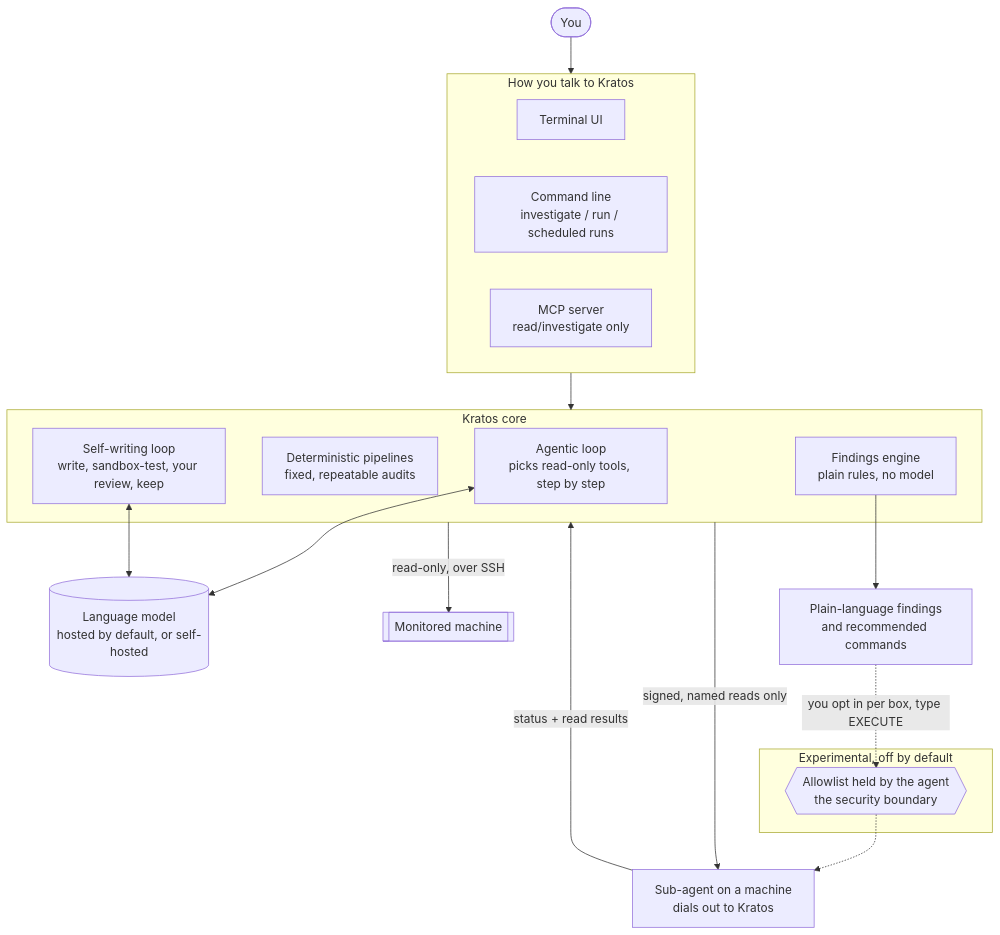
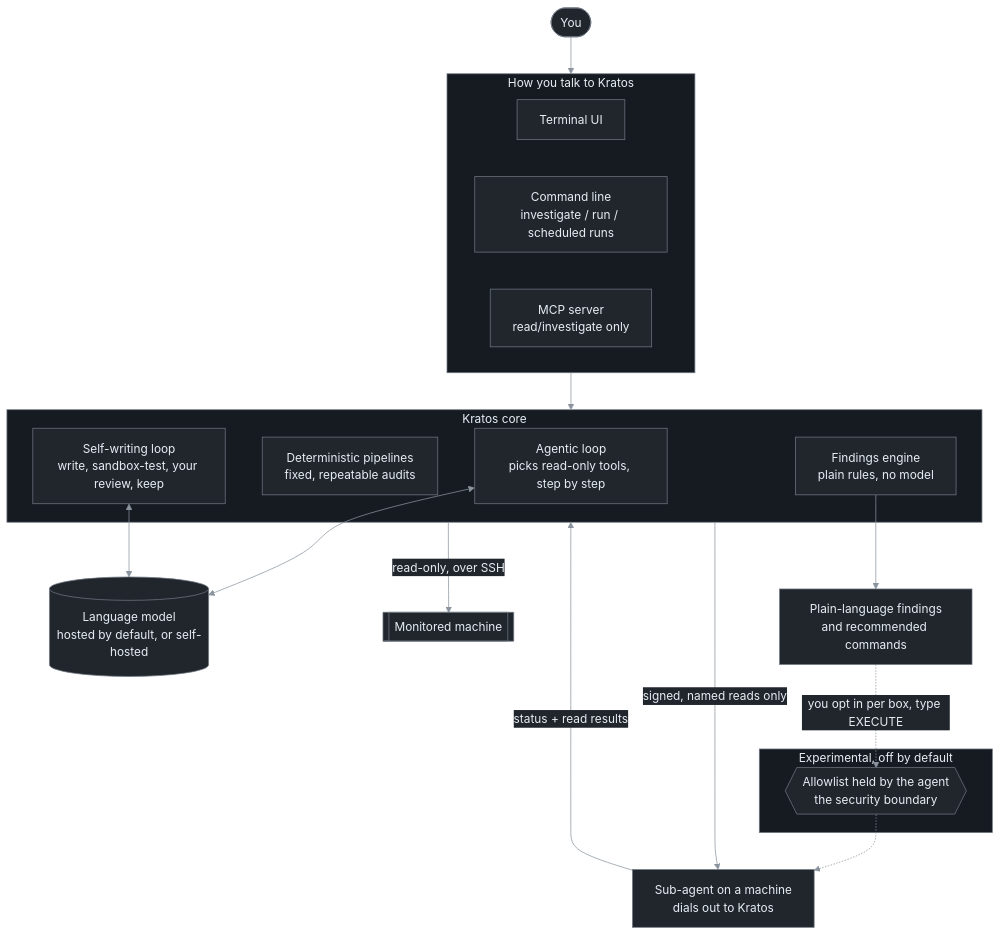
The diagram in docs/images/architecture.mmd (TahrimWalid/kratos), drawn with Mermaid before and after one commit.

Commit message:
Diagram source previews readably on GitHub in light and dark
GitHub draws a .mmd file with Mermaid's default lavender/yellow theme,
ignoring the JSON render configs. An init line at the top styles that
preview (dark cards with their own fills, grey lines: readable on both
themes); the render commands drop it so the light and dark SVGs keep
their own configs.

```diff
--- a/docs/images/architecture.mmd
+++ b/docs/images/architecture.mmd
@@ -1,37 +1,41 @@
+%%{init: {"theme": "base", "flowchart": {"curve": "basis"}, "themeVariables": {"fontFamily": "DejaVu Sans, Arial, sans-serif", "primaryColor": "#21262d", "primaryTextColor": "#e6edf3", "primaryBorderColor": "#6e7681", "secondaryColor": "#21262d", "tertiaryColor": "#21262d", "lineColor": "#8b949e", "textColor": "#e6edf3", "clusterBkg": "#161b22", "clusterBorder": "#6e7681", "titleColor": "#e6edf3", "edgeLabelBackground": "#21262d", "mainBkg": "#21262d", "nodeBorder": "#6e7681"}}}%%
 %% Source of docs/images/architecture.svg (light) and architecture-dark.svg (dark):
 %% the README shows the one matching the reader's GitHub theme (PyPI does not render
-%% Mermaid, and gets the light one). Regenerate both from docs/images/:
-%%   npx -y @mermaid-js/mermaid-cli@11 -i architecture.mmd -o architecture.svg -c architecture.mermaid.json -b transparent
-%%   npx -y @mermaid-js/mermaid-cli@11 -i architecture.mmd -o architecture-dark.svg -c architecture-dark.mermaid.json -b transparent
+%% Mermaid, and gets the light one). The init line above only styles GitHub's own
+%% preview of this file (dark cards, readable on light and dark pages); the render
+%% commands drop it so each JSON config decides. From docs/images/:
+%%   sed 1d architecture.mmd > /tmp/arch.mmd
+%%   npx -y @mermaid-js/mermaid-cli@11 -i /tmp/arch.mmd -o architecture.svg -c architecture.mermaid.json -b transparent
+%%   npx -y @mermaid-js/mermaid-cli@11 -i /tmp/arch.mmd -o architecture-dark.svg -c architecture-dark.mermaid.json -b transparent
 flowchart TD
     you([You]) --> entry
 
     subgraph entry [How you talk to Kratos]
         tui[Terminal UI]
         cli[Command line<br/>investigate / run / scheduled runs]
         mcp[MCP server<br/>read/investigate only]
     end
 
     entry --> brain
 
     subgraph brain [Kratos core]
         loop[Agentic loop<br/>picks read-only tools, step by step]
         pipeline[Deterministic pipelines<br/>fixed, repeatable audits]
         evolve[Self-writing loop<br/>write, sandbox-test, your review, keep]
         rules[Findings engine<br/>plain rules, no model]
     end
 
     llm[(Language model<br/>hosted by default, or self-hosted)]
     loop <--> llm
     evolve <--> llm
 
     brain -->|read-only, over SSH| target[[Monitored machine]]
     brain -->|signed, named reads only| agent[Sub-agent on a machine<br/>dials out to Kratos]
     agent -->|status + read results| brain
     rules --> out[Plain-language findings<br/>and recommended commands]
 
     subgraph optin [Experimental, off by default]
         allow{{Allowlist held by the agent<br/>the security boundary}}
     end
     out -.->|you opt in per box, type EXECUTE| allow
     allow -.-> agent
```
